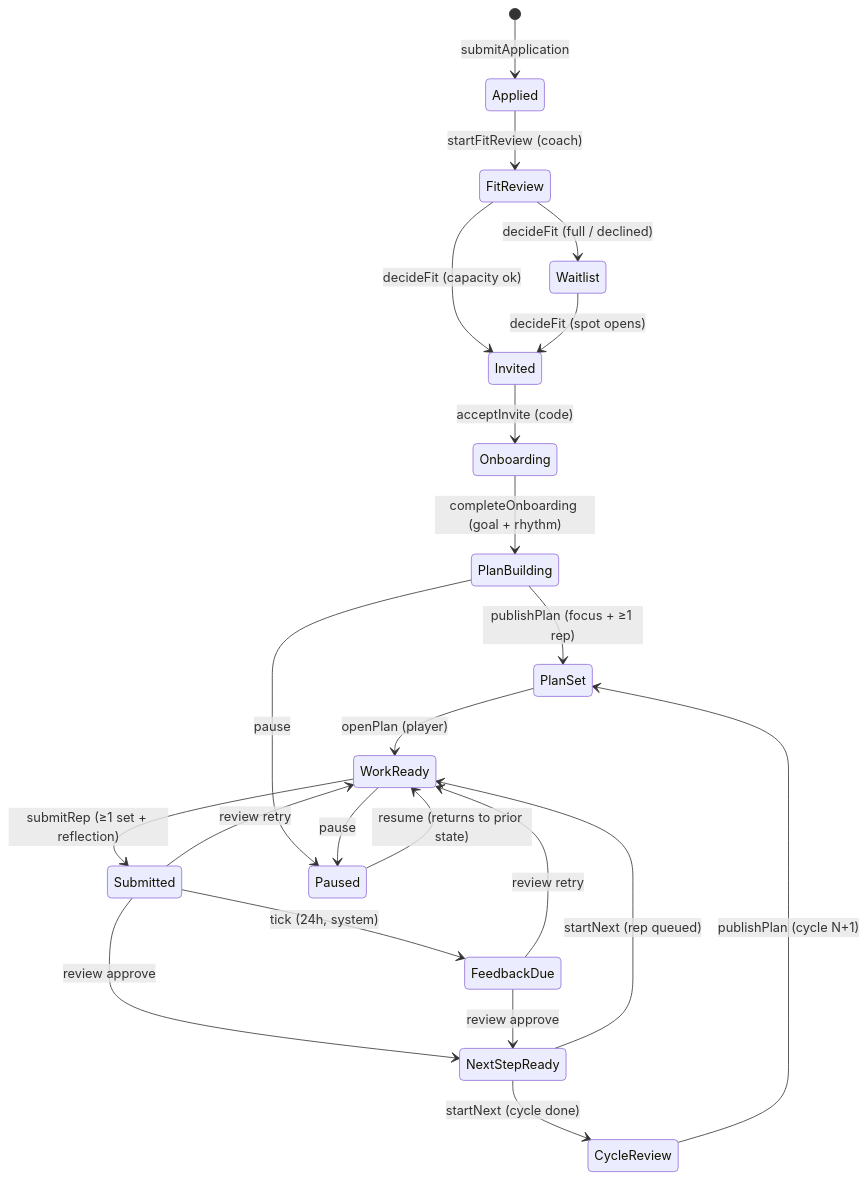
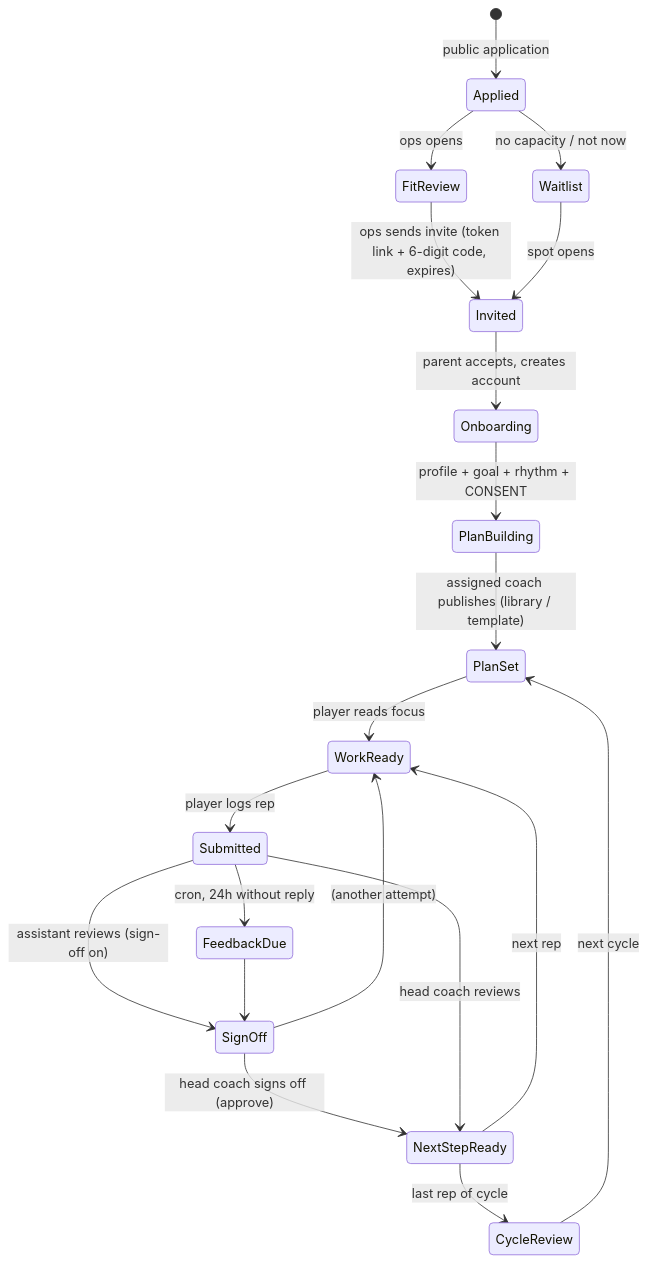
Before and after one commit to keithalanwitter-design/baller-connection: the diagram in README.md, drawn with Mermaid. The commit also changed other lines of this file and 81 other files, not shown here.

Commit message:
v3: multi-user product: auth + roles + permission matrix, invite/consent flow, staff routing + sign-off, ops queue, team view, notifications + cron, library/templates/calendar/settings/outbox, normalized D1 schema with incremental migrations, DEPLOY.md, tests

````diff
--- a/README.md
+++ b/README.md
@@ -44,24 +22,22 @@
 ```mermaid
 stateDiagram-v2
-  [*] --> Applied: submitApplication
-  Applied --> FitReview: startFitReview (coach)
-  FitReview --> Invited: decideFit (capacity ok)
-  FitReview --> Waitlist: decideFit (full / declined)
-  Waitlist --> Invited: decideFit (spot opens)
-  Invited --> Onboarding: acceptInvite (code)
-  Onboarding --> PlanBuilding: completeOnboarding (goal + rhythm)
-  PlanBuilding --> PlanSet: publishPlan (focus + ≥1 rep)
-  PlanSet --> WorkReady: openPlan (player)
-  WorkReady --> Submitted: submitRep (≥1 set + reflection)
-  Submitted --> FeedbackDue: tick (24h, system)
-  Submitted --> NextStepReady: review approve
-  FeedbackDue --> NextStepReady: review approve
-  Submitted --> WorkReady: review retry
-  FeedbackDue --> WorkReady: review retry
-  NextStepReady --> WorkReady: startNext (rep queued)
-  NextStepReady --> CycleReview: startNext (cycle done)
-  CycleReview --> PlanSet: publishPlan (cycle N+1)
-  PlanBuilding --> Paused: pause
-  WorkReady --> Paused: pause
-  Paused --> WorkReady: resume (returns to prior state)
+  [*] --> Applied: public application
+  Applied --> FitReview: ops opens
+  Applied --> Waitlist: no capacity / not now
+  FitReview --> Invited: ops sends invite (token link + 6-digit code, expires)
+  Waitlist --> Invited: spot opens
+  Invited --> Onboarding: parent accepts, creates account
+  Onboarding --> PlanBuilding: profile + goal + rhythm + CONSENT
+  PlanBuilding --> PlanSet: assigned coach publishes (library / template)
+  PlanSet --> WorkReady: player reads focus
+  WorkReady --> Submitted: player logs rep
+  Submitted --> FeedbackDue: cron, 24h without reply
+  Submitted --> SignOff: assistant reviews (sign-off on)
+  FeedbackDue --> SignOff
+  SignOff --> NextStepReady: head coach signs off (approve)
+  SignOff --> WorkReady: (another attempt)
+  Submitted --> NextStepReady: head coach reviews
+  NextStepReady --> WorkReady: next rep
+  NextStepReady --> CycleReview: last rep of cycle
+  CycleReview --> PlanSet: next cycle
 ```
````
